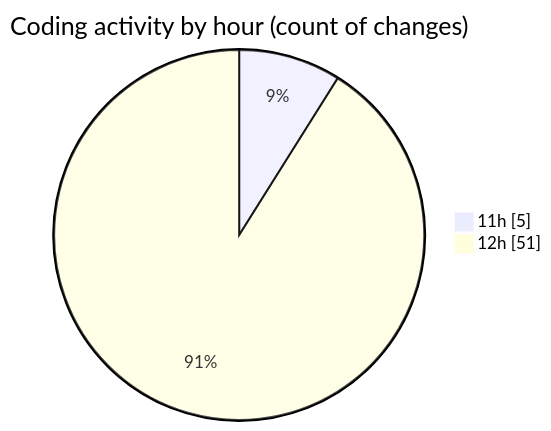
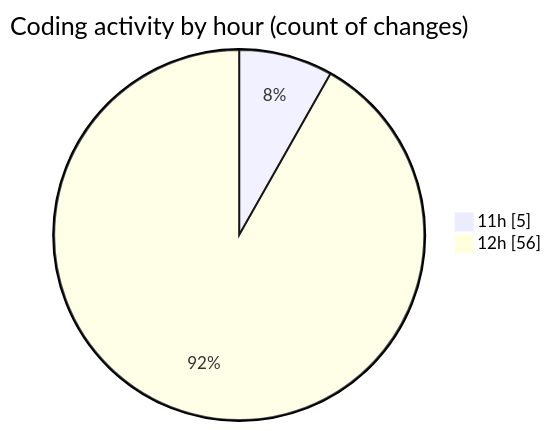
Before and after one commit to nxtqubesakshisongat/code-tracking: the second of 2 diagrams in 2025-12-31/nxtqube_webapp/README.md, drawn with Mermaid. The commit also changed other lines of this file and 1 other file, not shown here.

````diff
--- a/2025-12-31/nxtqube_webapp/README.md
+++ b/2025-12-31/nxtqube_webapp/README.md
@@ -41,6 +42,6 @@
 ```mermaid
 pie showData
 title Coding activity by hour (count of changes)
 "11h" : 5
-"12h" : 51
+"12h" : 56
 ```
````
